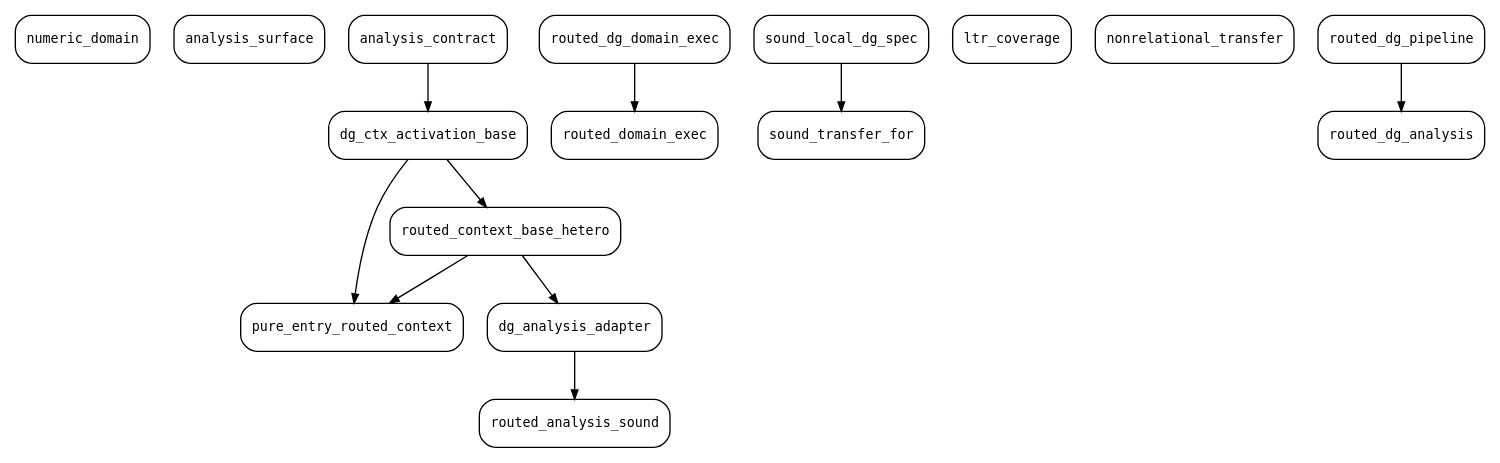
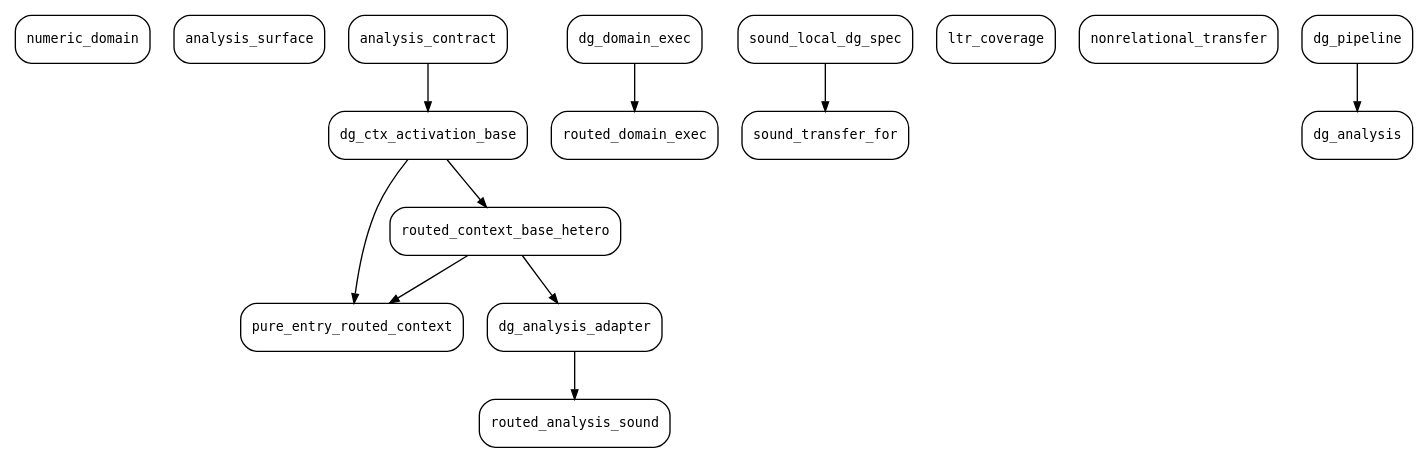
One commit to ManuelLerchner/Voblint-Verification-Master-Thesis changed the diagram in thesis/shared/dot/locale_deps.dot. Above: the diagram before and after it, drawn with Graphviz. The commit also changed 4 other files, not shown here.

First line of the commit message:
refactor(result): drop the routed prefix from the analysis layer

```diff
--- a/thesis/shared/dot/locale_deps.dot
+++ b/thesis/shared/dot/locale_deps.dot
@@ -1,29 +1,29 @@
 digraph locales {
   rankdir=TB;
   edge [arrowsize=0.7];
   "numeric_domain" [shape=box, style=rounded, fontname="DejaVu Sans Mono", fontsize=10];
   "analysis_surface" [shape=box, style=rounded, fontname="DejaVu Sans Mono", fontsize=10];
   "dg_analysis_adapter" [shape=box, style=rounded, fontname="DejaVu Sans Mono", fontsize=10];
   "dg_ctx_activation_base" [shape=box, style=rounded, fontname="DejaVu Sans Mono", fontsize=10];
-  "routed_dg_domain_exec" [shape=box, style=rounded, fontname="DejaVu Sans Mono", fontsize=10];
+  "dg_domain_exec" [shape=box, style=rounded, fontname="DejaVu Sans Mono", fontsize=10];
   "sound_transfer_for" [shape=box, style=rounded, fontname="DejaVu Sans Mono", fontsize=10];
   "analysis_contract" [shape=box, style=rounded, fontname="DejaVu Sans Mono", fontsize=10];
   "sound_local_dg_spec" [shape=box, style=rounded, fontname="DejaVu Sans Mono", fontsize=10];
   "pure_entry_routed_context" [shape=box, style=rounded, fontname="DejaVu Sans Mono", fontsize=10];
   "ltr_coverage" [shape=box, style=rounded, fontname="DejaVu Sans Mono", fontsize=10];
   "nonrelational_transfer" [shape=box, style=rounded, fontname="DejaVu Sans Mono", fontsize=10];
   "routed_analysis_sound" [shape=box, style=rounded, fontname="DejaVu Sans Mono", fontsize=10];
   "routed_context_base_hetero" [shape=box, style=rounded, fontname="DejaVu Sans Mono", fontsize=10];
-  "routed_dg_analysis" [shape=box, style=rounded, fontname="DejaVu Sans Mono", fontsize=10];
-  "routed_dg_pipeline" [shape=box, style=rounded, fontname="DejaVu Sans Mono", fontsize=10];
+  "dg_analysis" [shape=box, style=rounded, fontname="DejaVu Sans Mono", fontsize=10];
+  "dg_pipeline" [shape=box, style=rounded, fontname="DejaVu Sans Mono", fontsize=10];
   "routed_domain_exec" [shape=box, style=rounded, fontname="DejaVu Sans Mono", fontsize=10];
   "routed_context_base_hetero" -> "dg_analysis_adapter";
   "analysis_contract" -> "dg_ctx_activation_base";
   "sound_local_dg_spec" -> "sound_transfer_for";
   "routed_context_base_hetero" -> "pure_entry_routed_context";
   "dg_ctx_activation_base" -> "pure_entry_routed_context";
   "dg_analysis_adapter" -> "routed_analysis_sound";
   "dg_ctx_activation_base" -> "routed_context_base_hetero";
-  "routed_dg_pipeline" -> "routed_dg_analysis";
-  "routed_dg_domain_exec" -> "routed_domain_exec";
+  "dg_pipeline" -> "dg_analysis";
+  "dg_domain_exec" -> "routed_domain_exec";
 }
```
